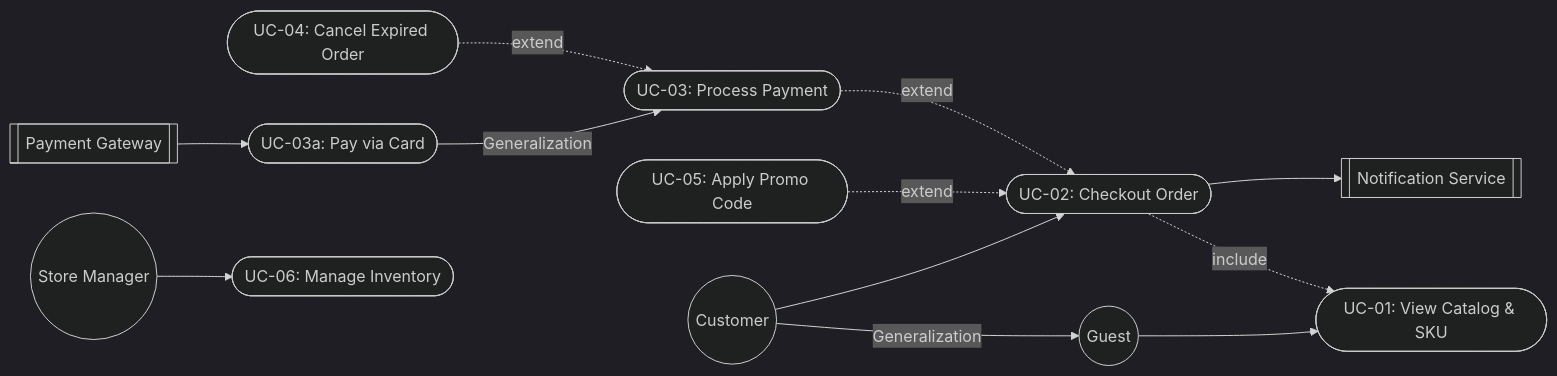
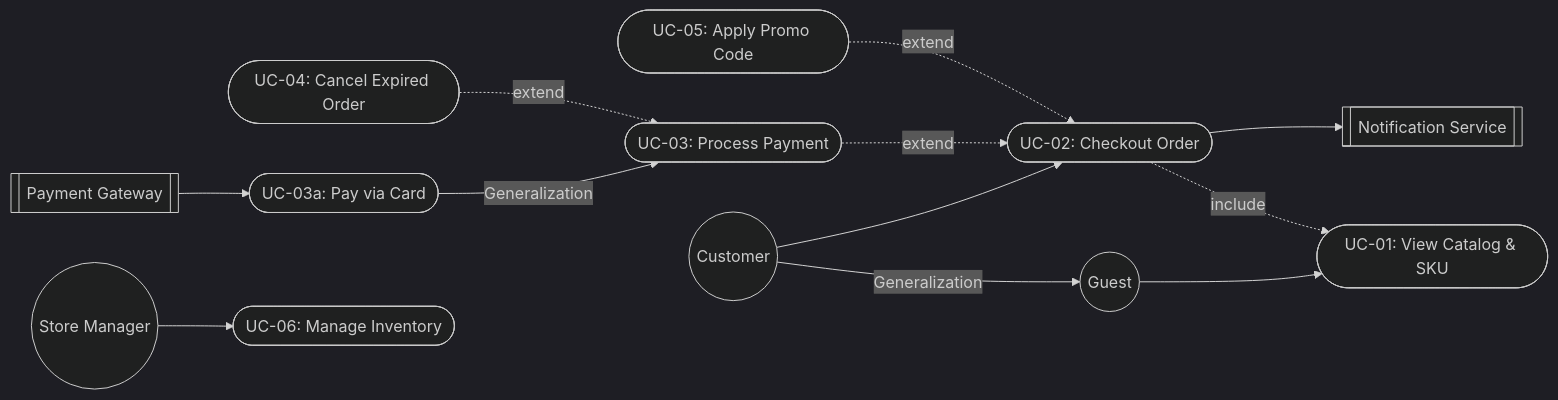
Before and after one commit to martagoricko-lang/requirements-modeling-labs: the diagram in lab2/mermaid.mmd, drawn with Mermaid (dark theme).

```diff
--- a/lab2/mermaid.mmd
+++ b/lab2/mermaid.mmd
@@ -1,30 +1,35 @@
 graph LR
+    %% Актори та Генералізація
+    Customer((Customer))
     Guest((Guest))
-    Customer((Customer))
-    Admin((Store Manager))
+    StoreManager((Store Manager))
     PaymentGW[["Payment Gateway"]]
     NotifSVC[["Notification Service"]]
 
     Customer -- Generalization --> Guest
 
+    %% Precedents (Use Cases)
     UC1([UC-01: View Catalog & SKU])
     UC2([UC-02: Checkout Order])
     UC3([UC-03: Process Payment])
     UC3a([UC-03a: Pay via Card])
     UC4([UC-04: Cancel Expired Order])
     UC5([UC-05: Apply Promo Code])
     UC6([UC-06: Manage Inventory])
 
+    %% Узагальнення прецедентів
     UC3a -- Generalization --> UC3
 
+    %% Зв'язки Акторов
     Guest --> UC1
     Customer --> UC2
-    Admin --> UC6
+    StoreManager --> UC6
     
     PaymentGW --> UC3a
     UC2 --> NotifSVC
 
+    %% Include & Extend (ПРАВИЛЬНІ НАПРЯМКИ СТРІЛОК)
     UC2 -. "include" .-> UC1
+    UC3 -. "extend" .-> UC2
     UC5 -. "extend" .-> UC2
-    UC3 -. "extend" .-> UC2
     UC4 -. "extend" .-> UC3
```
